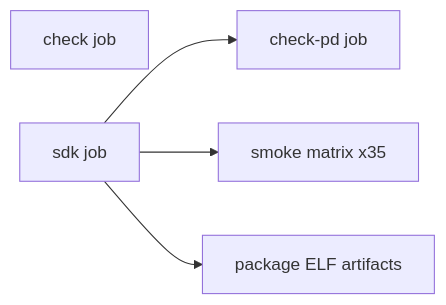
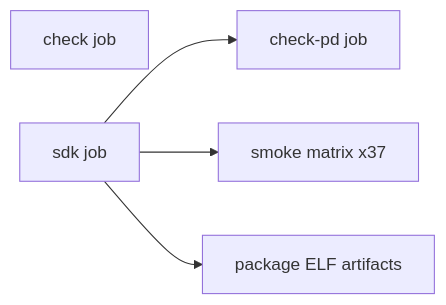
The diagram in docs/ci.md (julerex/lerux), drawn with Mermaid before and after one commit. The commit also changed other lines of this file and 37 other files, not shown here.

````diff
--- a/docs/ci.md
+++ b/docs/ci.md
@@ -13,11 +13,11 @@
 ```mermaid
 flowchart LR
   check[check job]
   sdk[sdk job]
   checkPd[check-pd job]
-  smoke[smoke matrix x35]
+  smoke[smoke matrix x37]
   package[package ELF artifacts]
   sdk --> checkPd
   sdk --> smoke
   sdk --> package
 ```
````
